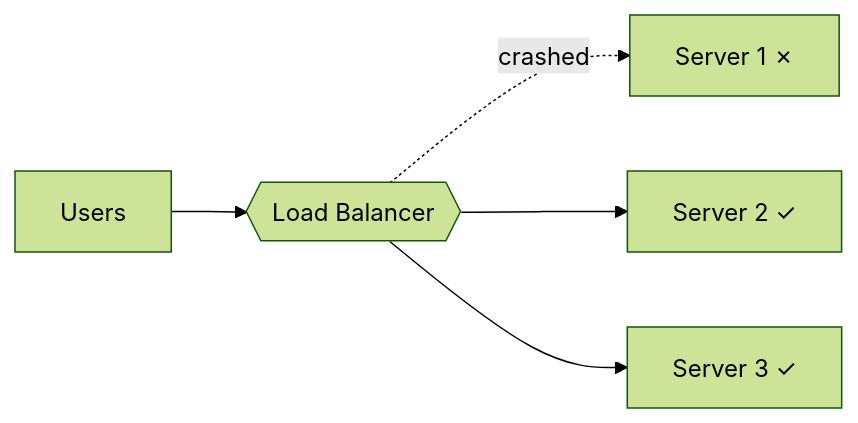
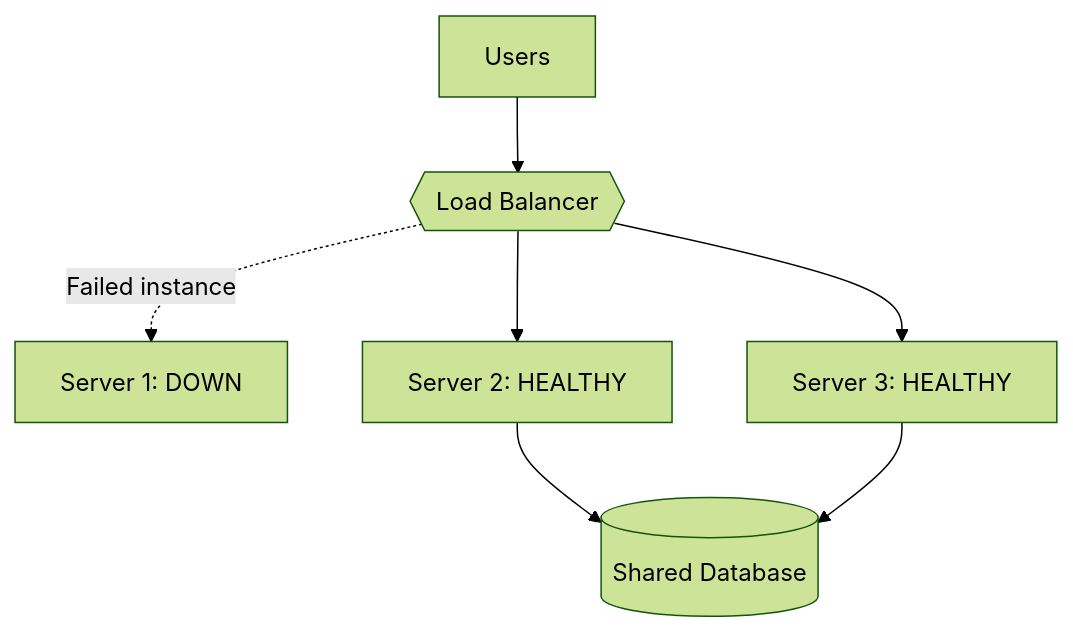
One commit to HARRISAMIN432/system-design-hld changed the tenth of 17 diagrams in 09_distributed_computing/README.md. Above: the diagram before and after it, drawn with Mermaid (forest theme). The commit also changed other lines of this file and 11 other files, not shown here.

````diff
--- a/09_distributed_computing/README.md
+++ b/09_distributed_computing/README.md
@@ -105,7 +505,11 @@
 ```mermaid
-flowchart LR
+flowchart TB
     U["Users"] --> LB{{"Load Balancer"}}
-    LB -. "crashed" .-> S1["Server 1 ✗"]
-    LB --> S2["Server 2 ✓"]
-    LB --> S3["Server 3 ✓"]
+    
+    LB -. "Failed instance" .-> S1["Server 1: DOWN"]
+    LB --> S2["Server 2: HEALTHY"]
+    LB --> S3["Server 3: HEALTHY"]
+    
+    S2 --> D[("Shared Database")]
+    S3 --> D
 ```
````
